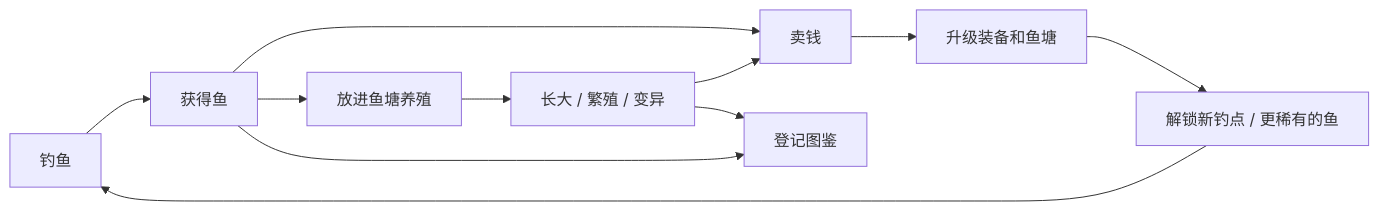
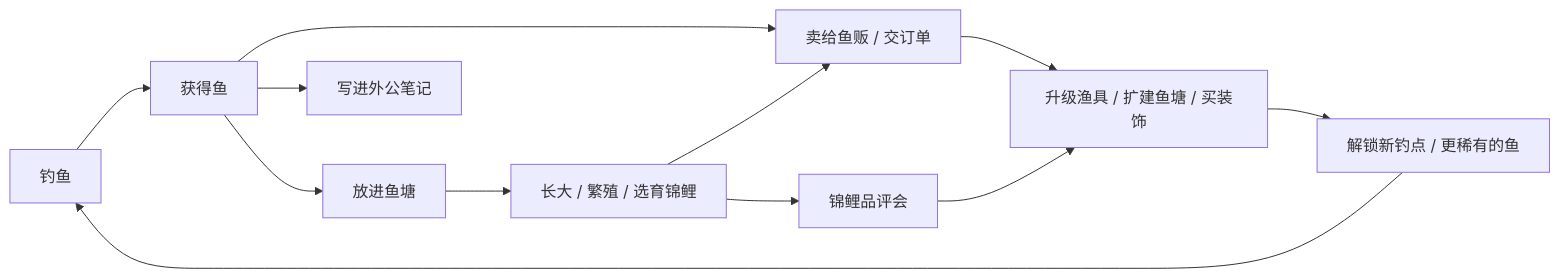
Before and after one commit to bocmiao/fishing: the first of 2 diagrams in docs/game-design.md, drawn with Mermaid. The commit also changed other lines of this file and 3 other files, not shown here.

````diff
--- a/docs/game-design.md
+++ b/docs/game-design.md
@@ -21,13 +113,14 @@
 ```mermaid
 flowchart LR
     A[钓鱼] --> B[获得鱼]
-    B --> C[卖钱]
-    B --> D[放进鱼塘养殖]
-    B --> E[登记图鉴]
-    D --> F[长大 / 繁殖 / 变异]
+    B --> C[卖给鱼贩 / 交订单]
+    B --> D[放进鱼塘]
+    B --> E[写进外公笔记]
+    D --> F[长大 / 繁殖 / 选育锦鲤]
     F --> C
-    F --> E
-    C --> G[升级装备和鱼塘]
-    G --> H[解锁新钓点 / 更稀有的鱼]
-    H --> A
+    F --> G[锦鲤品评会]
+    C --> H[升级渔具 / 扩建鱼塘 / 买装饰]
+    G --> H
+    H --> I[解锁新钓点 / 更稀有的鱼]
+    I --> A
 ```
````
